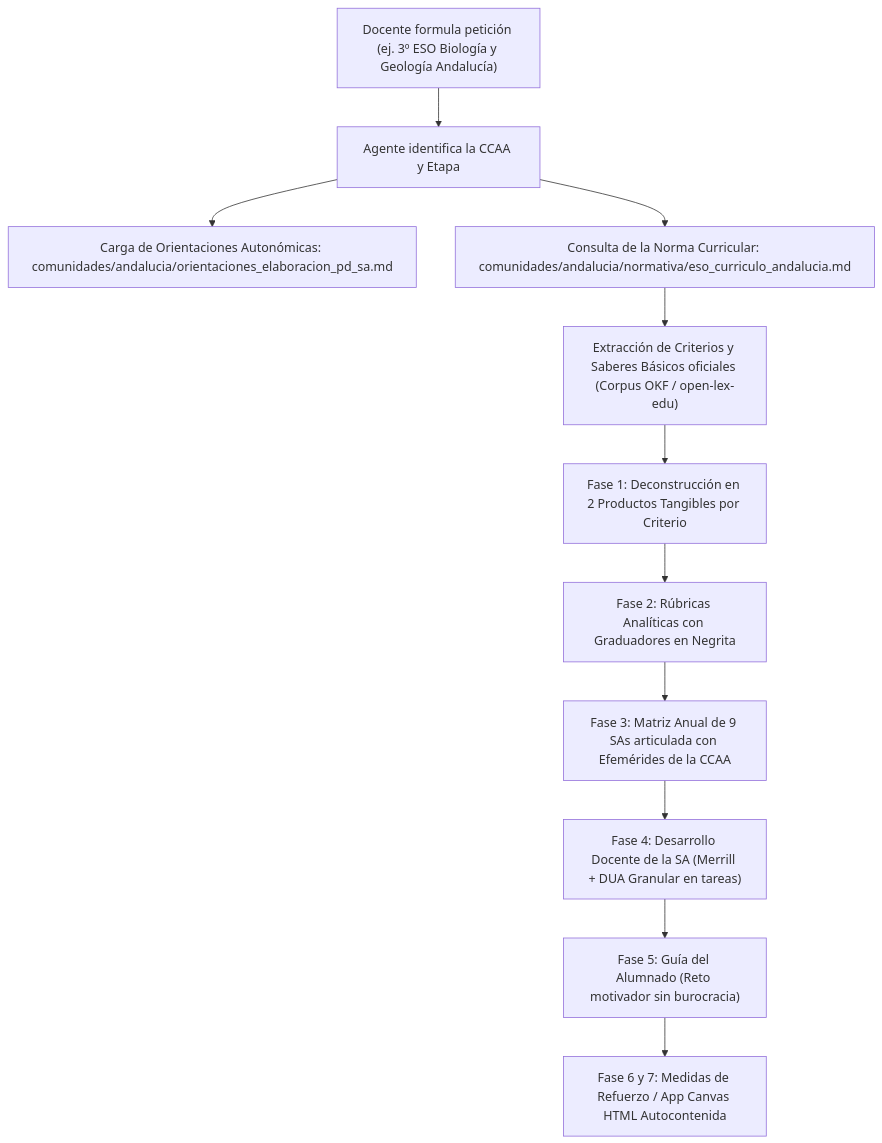
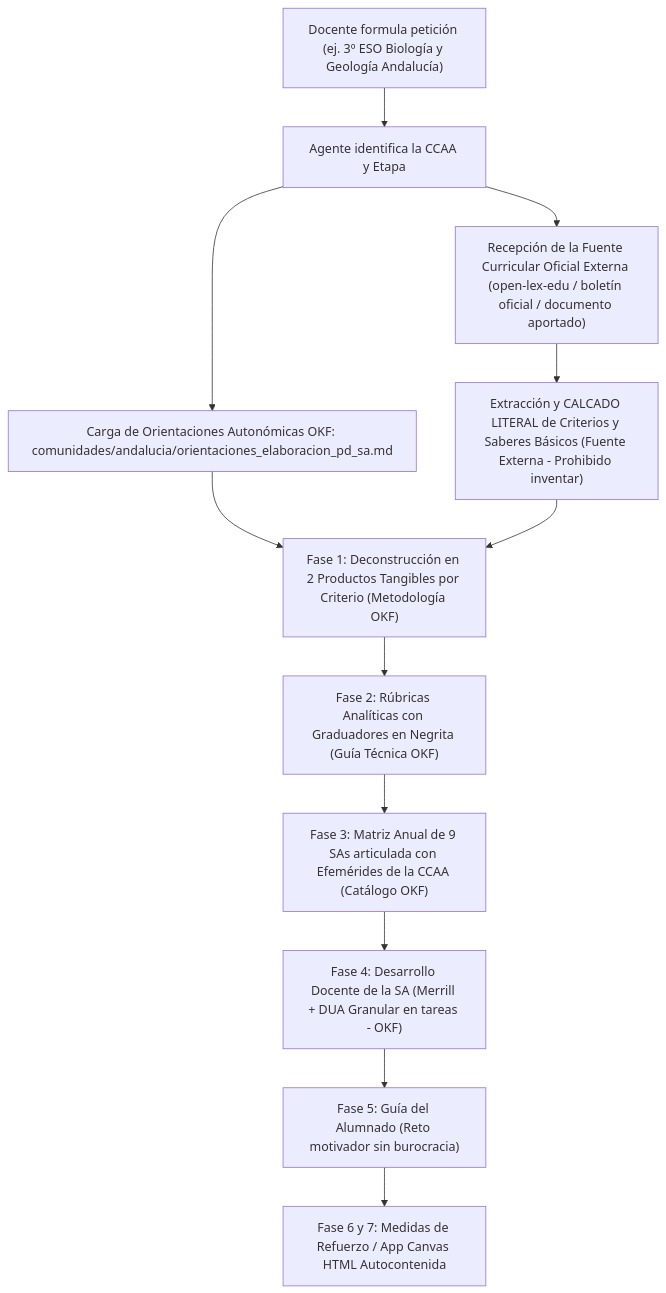
The diagram in docs/arquitectura_okf.md (nmarafo/OpenDidactia), drawn with Mermaid before and after one commit. The commit also changed other lines of this file and 375 other files, not shown here.

Commit message:
refactor(okf): eliminar normativas y desacoplar curriculo para suministro externo

````diff
--- a/docs/arquitectura_okf.md
+++ b/docs/arquitectura_okf.md
@@ -133,14 +118,15 @@
 ```mermaid
 flowchart TD
     A["Docente formula petición (ej. 3º ESO Biología y Geología Andalucía)"] --> B["Agente identifica la CCAA y Etapa"]
-    B --> C["Carga de Orientaciones Autonómicas: comunidades/andalucia/orientaciones_elaboracion_pd_sa.md"]
-    B --> D["Consulta de la Norma Curricular: comunidades/andalucia/normativa/eso_curriculo_andalucia.md"]
-    D --> E["Extracción de Criterios y Saberes Básicos oficiales (Corpus OKF / open-lex-edu)"]
+    B --> C["Carga de Orientaciones Autonómicas OKF: comunidades/andalucia/orientaciones_elaboracion_pd_sa.md"]
+    B --> D["Recepción de la Fuente Curricular Oficial Externa (open-lex-edu / boletín oficial / documento aportado)"]
+    D --> E["Extracción y CALCADO LITERAL de Criterios y Saberes Básicos (Fuente Externa - Prohibido inventar)"]
     
-    E --> F["Fase 1: Deconstrucción en 2 Productos Tangibles por Criterio"]
-    F --> G["Fase 2: Rúbricas Analíticas con Graduadores en Negrita"]
-    G --> H["Fase 3: Matriz Anual de 9 SAs articulada con Efemérides de la CCAA"]
-    H --> I["Fase 4: Desarrollo Docente de la SA (Merrill + DUA Granular en tareas)"]
+    C --> F["Fase 1: Deconstrucción en 2 Productos Tangibles por Criterio (Metodología OKF)"]
+    E --> F
+    F --> G["Fase 2: Rúbricas Analíticas con Graduadores en Negrita (Guía Técnica OKF)"]
+    G --> H["Fase 3: Matriz Anual de 9 SAs articulada con Efemérides de la CCAA (Catálogo OKF)"]
+    H --> I["Fase 4: Desarrollo Docente de la SA (Merrill + DUA Granular en tareas - OKF)"]
     I --> J["Fase 5: Guía del Alumnado (Reto motivador sin burocracia)"]
     J --> K["Fase 6 y 7: Medidas de Refuerzo / App Canvas HTML Autocontenida"]
 ```
````
